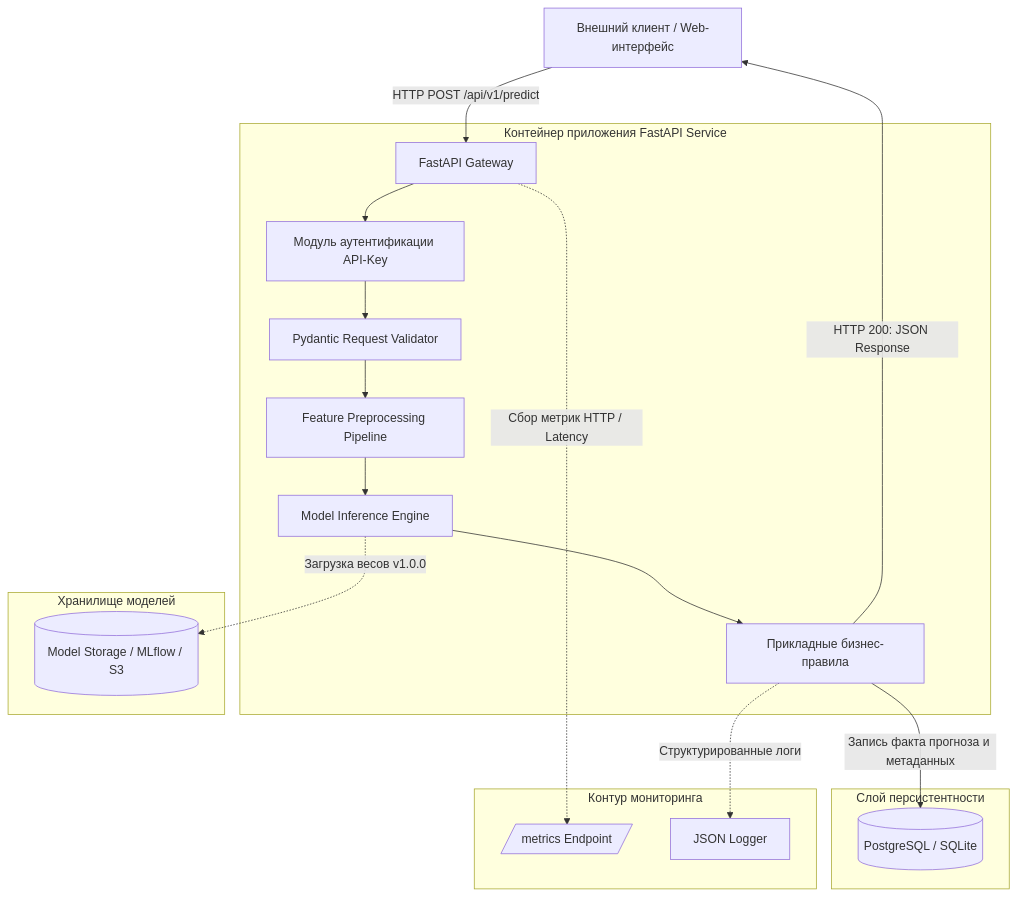
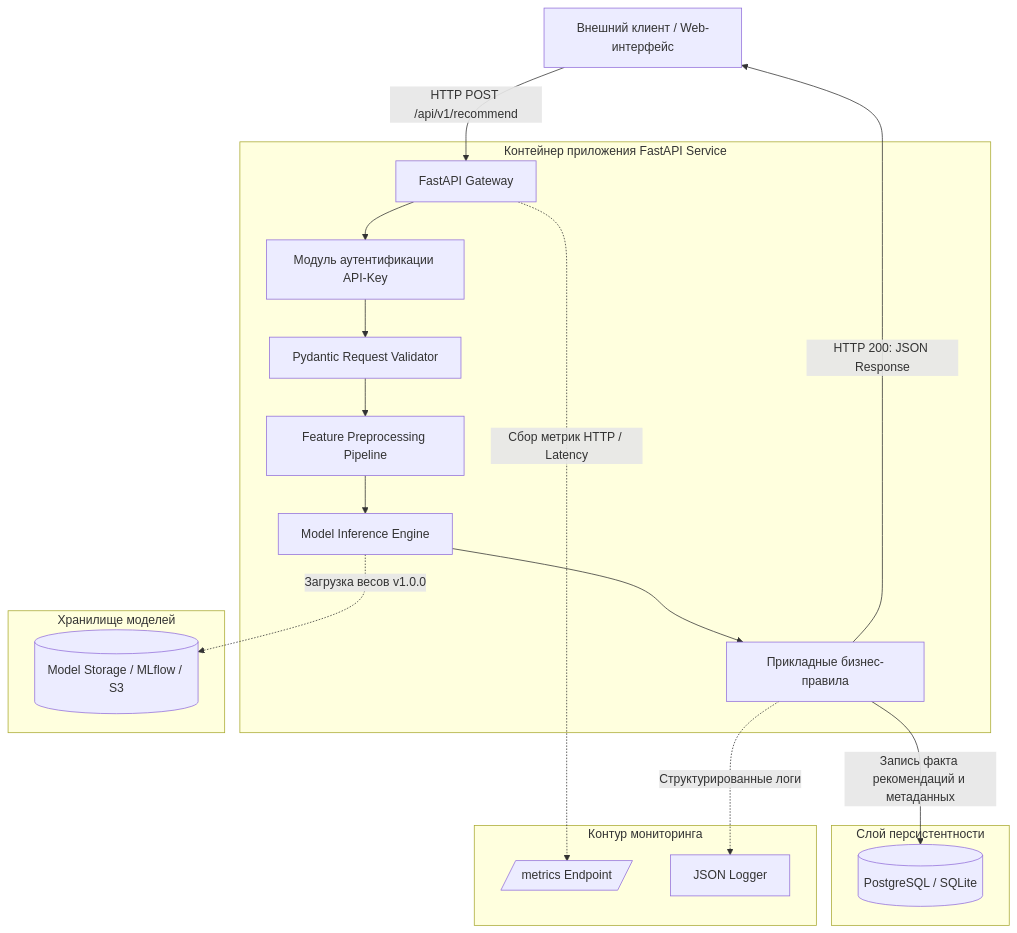
Before and after one commit to BlueKujira/ai-system-smart-wardrobe: the second of 2 diagrams in README.md, drawn with Mermaid. The commit also changed other lines of this file, not shown here.

````diff
--- a/README.md
+++ b/README.md
@@ -63,28 +62,28 @@
 ```mermaid
 flowchart TB
-    Client[Внешний клиент / Web-интерфейс] -->|HTTP POST /api/v1/predict| API[FastAPI Gateway]
+    Client[Внешний клиент / Web-интерфейс] -->|HTTP POST /api/v1/recommend| API[FastAPI Gateway]
 
     subgraph AppContainer [Контейнер приложения FastAPI Service]
         API --> Auth[Модуль аутентификации API-Key]
         Auth --> Validator[Pydantic Request Validator]
         Validator --> Preprocessing[Feature Preprocessing Pipeline]
         Preprocessing --> InferenceEngine[Model Inference Engine]
         
         InferenceEngine --> BusinessLogic[Прикладные бизнес-правила]
     end
 
     subgraph ArtifactStore [Хранилище моделей]
         InferenceEngine -.->|Загрузка весов v1.0.0| ModelFile[(Model Storage / MLflow / S3)]
     end
 
     subgraph DataStore [Слой персистентности]
-        BusinessLogic -->|Запись факта прогноза и метаданных| AppDB[(PostgreSQL / SQLite)]
+        BusinessLogic -->|Запись факта рекомендаций и метаданных| AppDB[(PostgreSQL / SQLite)]
     end
 
     subgraph ObservabilityStack [Контур мониторинга]
         API -.->|Сбор метрик HTTP / Latency| MetricsEndpoint[/metrics Endpoint/]
         BusinessLogic -.->|Структурированные логи| LogsOutput[JSON Logger]
     end
 
     BusinessLogic -->|HTTP 200: JSON Response| Client
 ```
````
